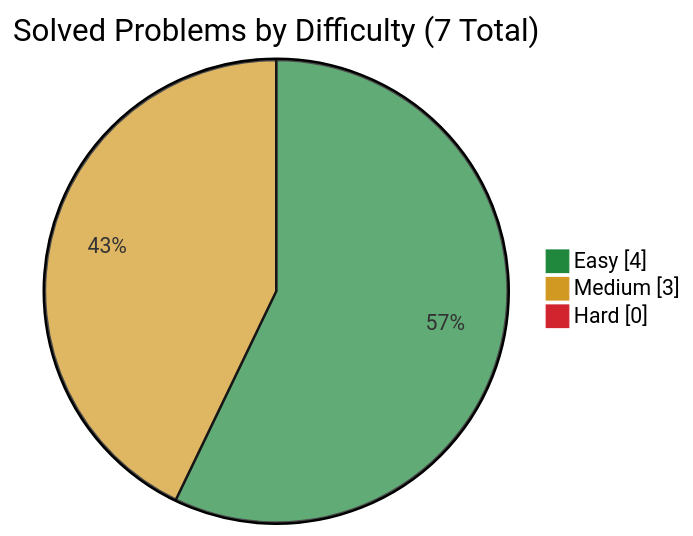
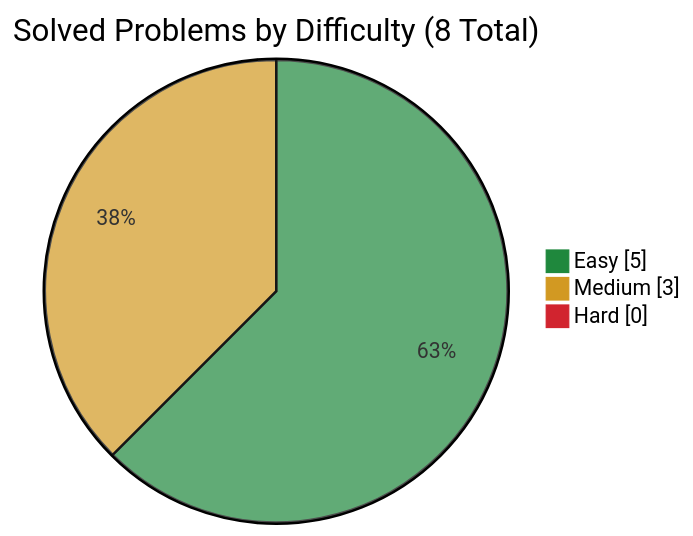
Before and after one commit to simonesiega/leetcode-solutions: the diagram in companies/ibm/README.md, drawn with Mermaid. The commit also changed other lines of this file and 4 other files, not shown here.

````diff
--- a/companies/ibm/README.md
+++ b/companies/ibm/README.md
@@ -15,8 +15,8 @@
 ```mermaid
 %%{init: {"themeVariables": {"pie1": "#1f883d", "pie2": "#d29922", "pie3": "#d1242f"}}}%%
 pie showData
-    title Solved Problems by Difficulty (7 Total)
-    "Easy" : 4
+    title Solved Problems by Difficulty (8 Total)
+    "Easy" : 5
     "Medium" : 3
     "Hard" : 0
 ```
````
